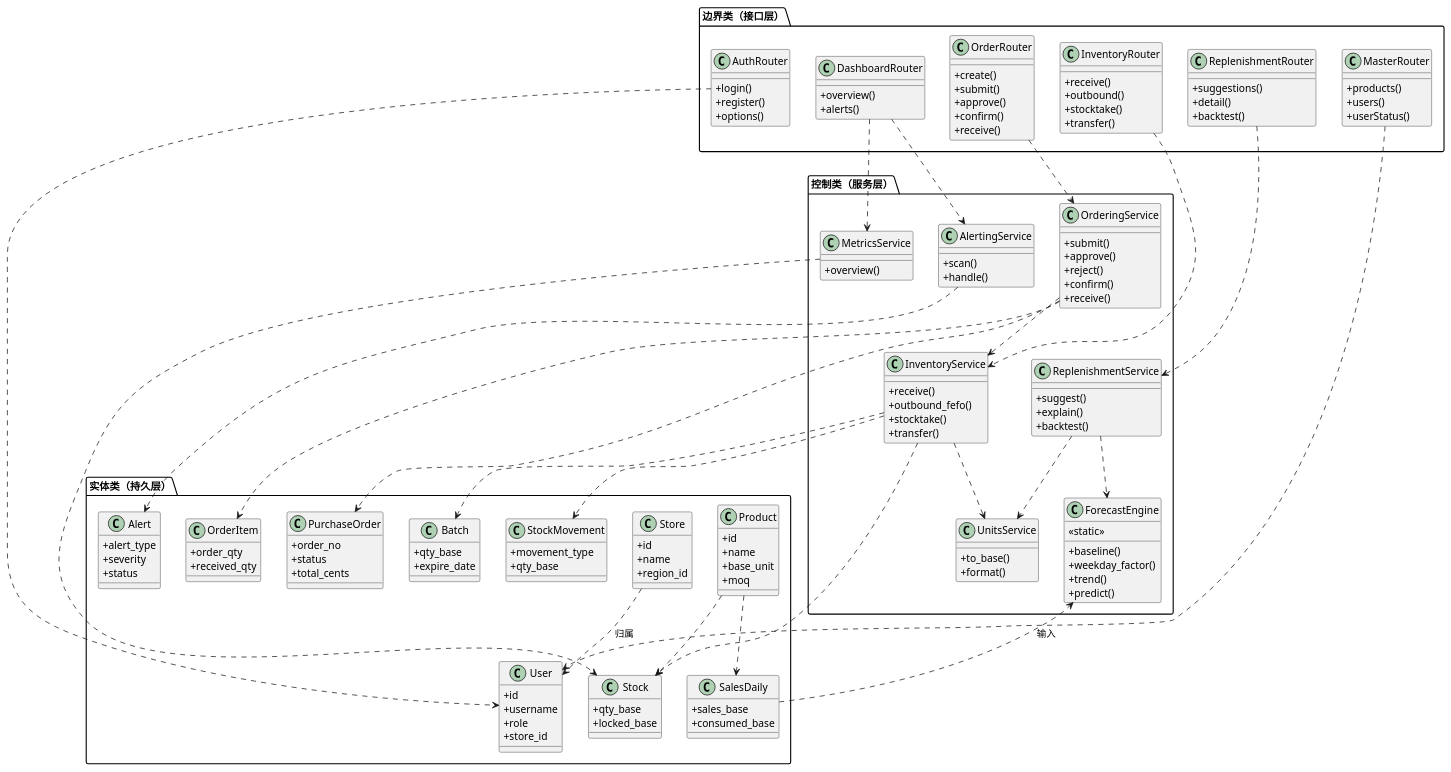
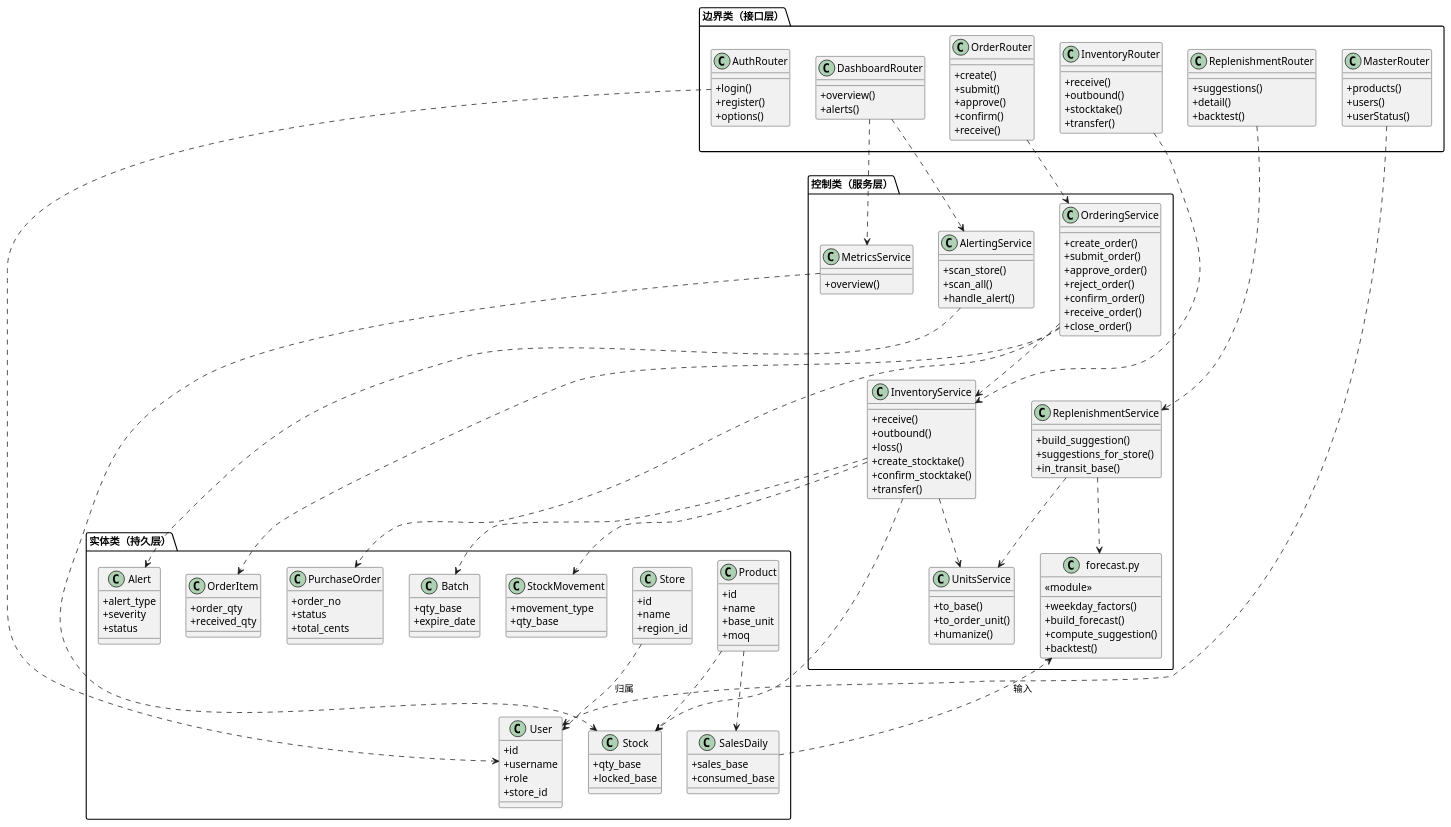
Before and after one commit to chenpingan6158-a11y/intelligent-replenishment-system: the diagram in docs/uml/07-类图-总体结构.puml, drawn with PlantUML. The commit also changed 18 other files, not shown here.

Commit message:
图码一致性修正：ER图改为从模型元数据自动生成(22表)；类图/顺序图改用真实函数名；报告同步更新

```diff
--- a/docs/uml/07-类图-总体结构.puml
+++ b/docs/uml/07-类图-总体结构.puml
@@ -1,148 +1,154 @@
 @startuml
 skinparam backgroundColor #FFFFFF
 skinparam classAttributeIconSize 0
 package "边界类（接口层）" {
   class AuthRouter {
     +login()
     +register()
     +options()
   }
   class ReplenishmentRouter {
     +suggestions()
     +detail()
     +backtest()
   }
   class OrderRouter {
     +create()
     +submit()
     +approve()
     +confirm()
     +receive()
   }
   class InventoryRouter {
     +receive()
     +outbound()
     +stocktake()
     +transfer()
   }
   class DashboardRouter {
     +overview()
     +alerts()
   }
   class MasterRouter {
     +products()
     +users()
     +userStatus()
   }
 }
 package "控制类（服务层）" {
-  class ForecastEngine {
-    <<static>>
-    +baseline()
-    +weekday_factor()
-    +trend()
-    +predict()
+  class "forecast.py" as ForecastModule {
+    <<module>>
+    +weekday_factors()
+    +build_forecast()
+    +compute_suggestion()
+    +backtest()
   }
   class ReplenishmentService {
-    +suggest()
-    +explain()
-    +backtest()
+    +build_suggestion()
+    +suggestions_for_store()
+    +in_transit_base()
   }
   class OrderingService {
-    +submit()
-    +approve()
-    +reject()
-    +confirm()
-    +receive()
+    +create_order()
+    +submit_order()
+    +approve_order()
+    +reject_order()
+    +confirm_order()
+    +receive_order()
+    +close_order()
   }
   class InventoryService {
     +receive()
-    +outbound_fefo()
-    +stocktake()
+    +outbound()
+    +loss()
+    +create_stocktake()
+    +confirm_stocktake()
     +transfer()
   }
   class AlertingService {
-    +scan()
-    +handle()
+    +scan_store()
+    +scan_all()
+    +handle_alert()
   }
   class MetricsService {
     +overview()
   }
   class UnitsService {
     +to_base()
-    +format()
+    +to_order_unit()
+    +humanize()
   }
 }
 package "实体类（持久层）" {
   class User {
     +id
     +username
     +role
     +store_id
   }
   class Store {
     +id
     +name
     +region_id
   }
   class Product {
     +id
     +name
     +base_unit
     +moq
   }
   class Stock {
     +qty_base
     +locked_base
   }
   class Batch {
     +qty_base
     +expire_date
   }
   class StockMovement {
     +movement_type
     +qty_base
   }
   class SalesDaily {
     +sales_base
     +consumed_base
   }
   class PurchaseOrder {
     +order_no
     +status
     +total_cents
   }
   class OrderItem {
     +order_qty
     +received_qty
   }
   class Alert {
     +alert_type
     +severity
     +status
   }
 }
 
 AuthRouter ..> User
 ReplenishmentRouter ..> ReplenishmentService
 OrderRouter ..> OrderingService
 InventoryRouter ..> InventoryService
 DashboardRouter ..> MetricsService
 DashboardRouter ..> AlertingService
 MasterRouter ..> User
-ReplenishmentService ..> ForecastEngine
+ReplenishmentService ..> ForecastModule
 ReplenishmentService ..> UnitsService
 OrderingService ..> InventoryService
 OrderingService ..> PurchaseOrder
 OrderingService ..> OrderItem
 InventoryService ..> Stock
 InventoryService ..> Batch
 InventoryService ..> StockMovement
 InventoryService ..> UnitsService
 AlertingService ..> Alert
 MetricsService ..> Stock
-SalesDaily ..> ForecastEngine : 输入
+SalesDaily ..> ForecastModule : 输入
 Store ..> User : 归属
 Product ..> Stock
 Product ..> SalesDaily
 @enduml
```
